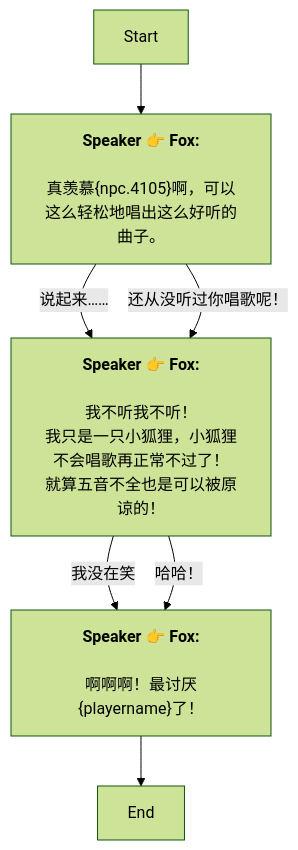
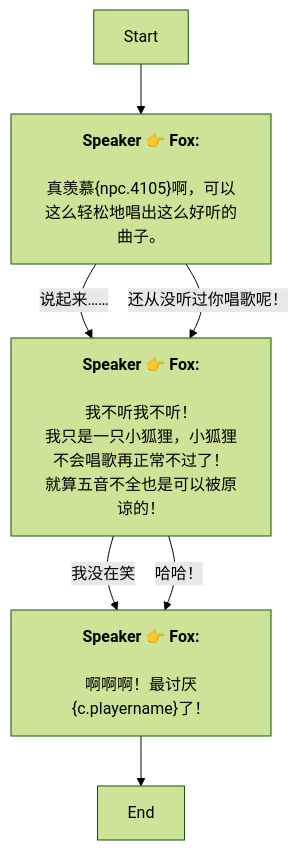
Before and after one commit to SoftHu/tos_avg: the diagram in Zh/AddDialogNode_1739771490867620.md, drawn with Mermaid (forest theme). The commit also changed 410 other files, not shown here.

````diff
--- a/Zh/AddDialogNode_1739771490867620.md
+++ b/Zh/AddDialogNode_1739771490867620.md
@@ -1,17 +1,17 @@
 ```mermaid
 graph
 Start -->1739771553894823[<b>Speaker 👉 Fox:</b>
 \n真羡慕&lbrace;npc.4105&rbrace;啊，可以这么轻松地唱出这么好听的曲子。]
 1739771553894823 -->|说起来……|1739773216019886[<b>Speaker 👉 Fox:</b>
 \n我不听我不听！
 我只是一只小狐狸，小狐狸不会唱歌再正常不过了！\n就算五音不全也是可以被原谅的！]
 1739771553894823 -->|还从没听过你唱歌呢！|1739773216019886[<b>Speaker 👉 Fox:</b>
 \n我不听我不听！
 我只是一只小狐狸，小狐狸不会唱歌再正常不过了！\n就算五音不全也是可以被原谅的！]
 1739773216019886 -->|我没在笑|1739774124962228[<b>Speaker 👉 Fox:</b>
-\n啊啊啊！最讨厌&lbrace;playername&rbrace;了！]
+\n啊啊啊！最讨厌&lbrace;c.playername&rbrace;了！]
 1739773216019886 -->|哈哈！|1739774124962228[<b>Speaker 👉 Fox:</b>
-\n啊啊啊！最讨厌&lbrace;playername&rbrace;了！]
+\n啊啊啊！最讨厌&lbrace;c.playername&rbrace;了！]
 1739774124962228 -->1739774309007797[End]
 
 ```
````
